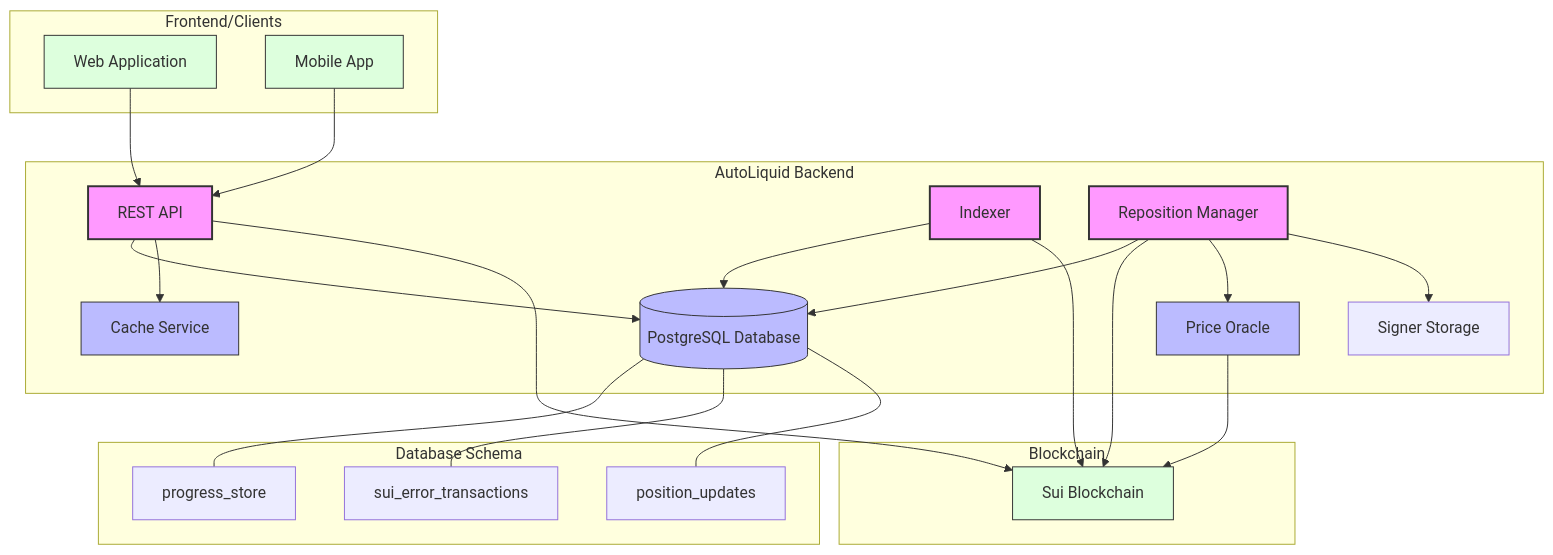
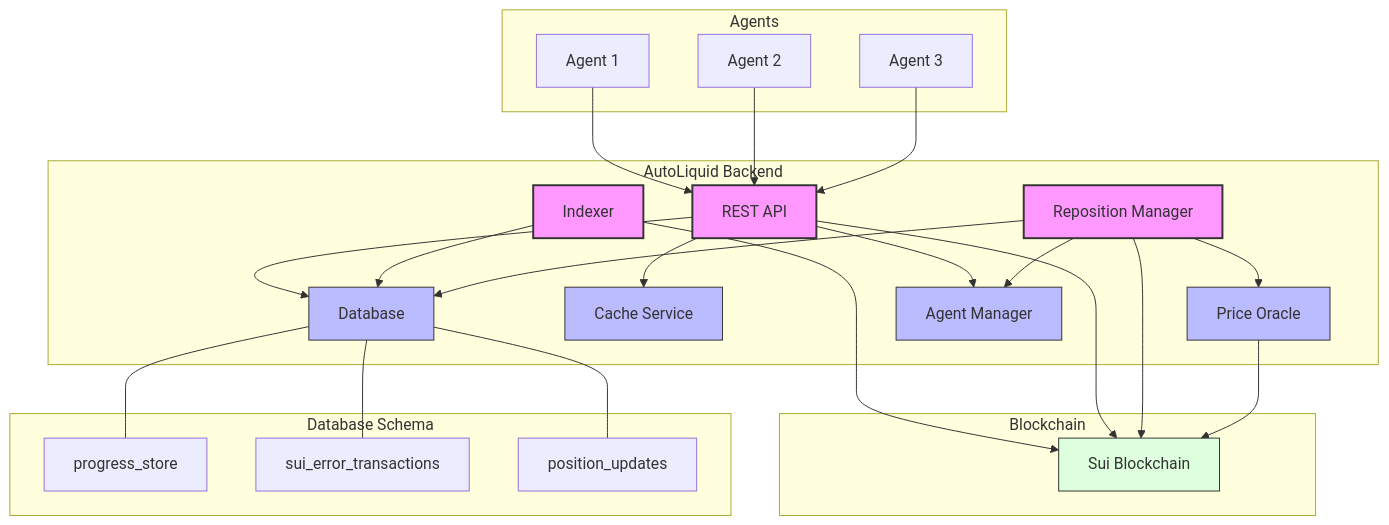
The diagram in docs/architecture_diagram.md (tnv1/autoliquid-be), drawn with Mermaid before and after one commit. The commit also changed other lines of this file and 1 other file, not shown here.

````diff
--- a/docs/architecture_diagram.md
+++ b/docs/architecture_diagram.md
@@ -5,55 +5,59 @@
 ```mermaid
 graph TD
     subgraph "AutoLiquid Backend"
         API[REST API]
         Indexer[Indexer]
-        DB[(PostgreSQL Database)]
+        DB[Database]
         Cache[Cache Service]
         RepositionManager[Reposition Manager]
         PriceOracle[Price Oracle]
-        SignerStorage[Signer Storage]
+        AgentManager[Agent Manager]
     end
 
     subgraph "Blockchain"
         Sui[Sui Blockchain]
     end
 
-    subgraph "Frontend/Clients"
-        Web[Web Application]
-        Mobile[Mobile App]
+    subgraph "Agents"
+        Agent1[Agent 1]
+        Agent2[Agent 2]
+        Agent3[Agent 3]
     end
 
+
     %% Connections
-    Web --> API
-    Mobile --> API
+    Agent1 --> API
+    Agent2 --> API
+    Agent3 --> API
+    API --> AgentManager
     API --> DB
     API --> Cache
     Indexer --> DB
     Indexer --> Sui
     API --> Sui
     RepositionManager --> DB
     RepositionManager --> Sui
     RepositionManager --> PriceOracle
     PriceOracle --> Sui
-    RepositionManager --> SignerStorage
+    RepositionManager --> AgentManager
     
     %% Database Tables
     subgraph "Database Schema"
         ProgressStore[progress_store]
         ErrorTxns[sui_error_transactions]
         PositionUpdates[position_updates]
     end
     
     DB --- ProgressStore
     DB --- ErrorTxns
     DB --- PositionUpdates
 
     %% Description
     classDef primary fill:#f9f,stroke:#333,stroke-width:2px;
     classDef secondary fill:#bbf,stroke:#333,stroke-width:1px;
     classDef external fill:#dfd,stroke:#333,stroke-width:1px;
     
     class API,Indexer,RepositionManager primary;
-    class DB,Cache,PriceOracle secondary;
+    class DB,Cache,PriceOracle,AgentManager secondary;
     class Sui,Web,Mobile external;
 ```
````
